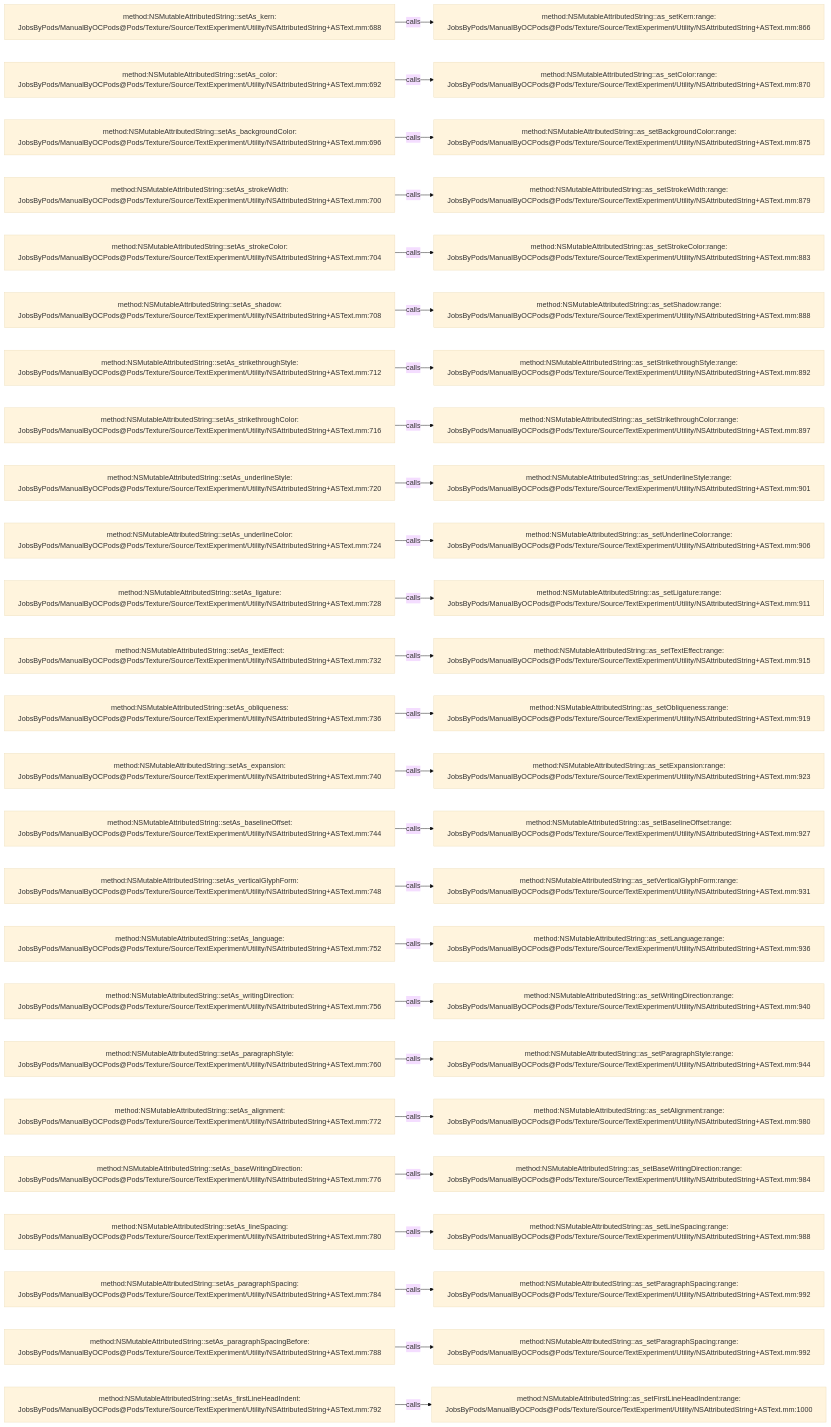
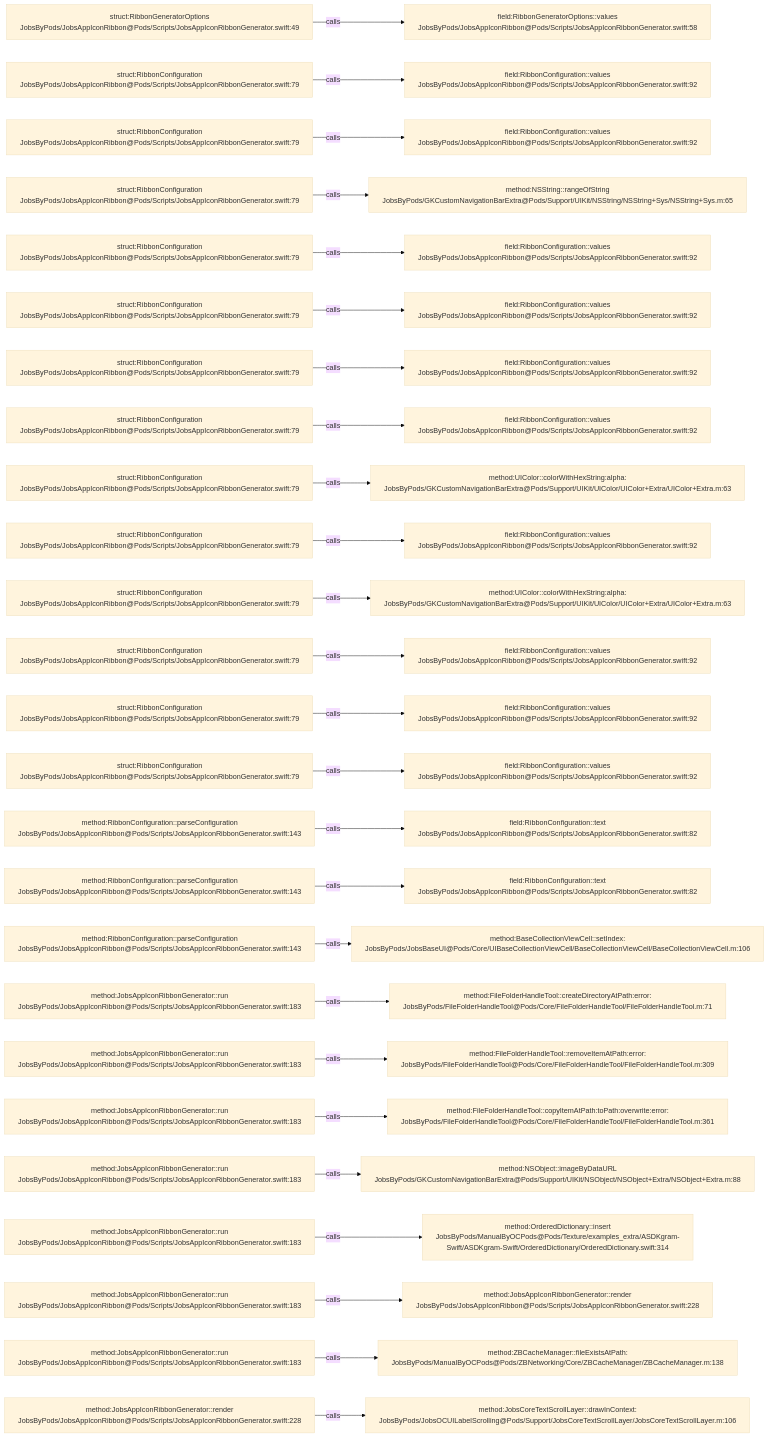
The diagram in .codegraph/codegraph.md/graphs/calls-197.md (JobsKits/JobsOCBaseConfigDemo), drawn with Mermaid (base theme) before and after one commit. The commit also changed 768 other files, not shown here.

````diff
--- a/.codegraph/codegraph.md/graphs/calls-197.md
+++ b/.codegraph/codegraph.md/graphs/calls-197.md
@@ -13,78 +13,78 @@
 ```mermaid
 flowchart LR
-  S1["method:NSMutableAttributedString::setAs_kern:<br/>JobsByPods/ManualByOCPods@Pods/Texture/Source/TextExperiment/Utility/NSAttributedString+ASText.mm:688"]
-  T1["method:NSMutableAttributedString::as_setKern:range:<br/>JobsByPods/ManualByOCPods@Pods/Texture/Source/TextExperiment/Utility/NSAttributedString+ASText.mm:866"]
+  S1["struct:RibbonGeneratorOptions<br/>JobsByPods/JobsAppIconRibbon@Pods/Scripts/JobsAppIconRibbonGenerator.swift:49"]
+  T1["field:RibbonGeneratorOptions::values<br/>JobsByPods/JobsAppIconRibbon@Pods/Scripts/JobsAppIconRibbonGenerator.swift:58"]
   S1 -->|calls| T1
-  S2["method:NSMutableAttributedString::setAs_color:<br/>JobsByPods/ManualByOCPods@Pods/Texture/Source/TextExperiment/Utility/NSAttributedString+ASText.mm:692"]
-  T2["method:NSMutableAttributedString::as_setColor:range:<br/>JobsByPods/ManualByOCPods@Pods/Texture/Source/TextExperiment/Utility/NSAttributedString+ASText.mm:870"]
+  S2["struct:RibbonConfiguration<br/>JobsByPods/JobsAppIconRibbon@Pods/Scripts/JobsAppIconRibbonGenerator.swift:79"]
+  T2["field:RibbonConfiguration::values<br/>JobsByPods/JobsAppIconRibbon@Pods/Scripts/JobsAppIconRibbonGenerator.swift:92"]
   S2 -->|calls| T2
-  S3["method:NSMutableAttributedString::setAs_backgroundColor:<br/>JobsByPods/ManualByOCPods@Pods/Texture/Source/TextExperiment/Utility/NSAttributedString+ASText.mm:696"]
-  T3["method:NSMutableAttributedString::as_setBackgroundColor:range:<br/>JobsByPods/ManualByOCPods@Pods/Texture/Source/TextExperiment/Utility/NSAttributedString+ASText.mm:875"]
+  S3["struct:RibbonConfiguration<br/>JobsByPods/JobsAppIconRibbon@Pods/Scripts/JobsAppIconRibbonGenerator.swift:79"]
+  T3["field:RibbonConfiguration::values<br/>JobsByPods/JobsAppIconRibbon@Pods/Scripts/JobsAppIconRibbonGenerator.swift:92"]
   S3 -->|calls| T3
-  S4["method:NSMutableAttributedString::setAs_strokeWidth:<br/>JobsByPods/ManualByOCPods@Pods/Texture/Source/TextExperiment/Utility/NSAttributedString+ASText.mm:700"]
-  T4["method:NSMutableAttributedString::as_setStrokeWidth:range:<br/>JobsByPods/ManualByOCPods@Pods/Texture/Source/TextExperiment/Utility/NSAttributedString+ASText.mm:879"]
+  S4["struct:RibbonConfiguration<br/>JobsByPods/JobsAppIconRibbon@Pods/Scripts/JobsAppIconRibbonGenerator.swift:79"]
+  T4["method:NSString::rangeOfString<br/>JobsByPods/GKCustomNavigationBarExtra@Pods/Support/UIKit/NSString/NSString+Sys/NSString+Sys.m:65"]
   S4 -->|calls| T4
-  S5["method:NSMutableAttributedString::setAs_strokeColor:<br/>JobsByPods/ManualByOCPods@Pods/Texture/Source/TextExperiment/Utility/NSAttributedString+ASText.mm:704"]
-  T5["method:NSMutableAttributedString::as_setStrokeColor:range:<br/>JobsByPods/ManualByOCPods@Pods/Texture/Source/TextExperiment/Utility/NSAttributedString+ASText.mm:883"]
+  S5["struct:RibbonConfiguration<br/>JobsByPods/JobsAppIconRibbon@Pods/Scripts/JobsAppIconRibbonGenerator.swift:79"]
+  T5["field:RibbonConfiguration::values<br/>JobsByPods/JobsAppIconRibbon@Pods/Scripts/JobsAppIconRibbonGenerator.swift:92"]
   S5 -->|calls| T5
-  S6["method:NSMutableAttributedString::setAs_shadow:<br/>JobsByPods/ManualByOCPods@Pods/Texture/Source/TextExperiment/Utility/NSAttributedString+ASText.mm:708"]
-  T6["method:NSMutableAttributedString::as_setShadow:range:<br/>JobsByPods/ManualByOCPods@Pods/Texture/Source/TextExperiment/Utility/NSAttributedString+ASText.mm:888"]
+  S6["struct:RibbonConfiguration<br/>JobsByPods/JobsAppIconRibbon@Pods/Scripts/JobsAppIconRibbonGenerator.swift:79"]
+  T6["field:RibbonConfiguration::values<br/>JobsByPods/JobsAppIconRibbon@Pods/Scripts/JobsAppIconRibbonGenerator.swift:92"]
   S6 -->|calls| T6
-  S7["method:NSMutableAttributedString::setAs_strikethroughStyle:<br/>JobsByPods/ManualByOCPods@Pods/Texture/Source/TextExperiment/Utility/NSAttributedString+ASText.mm:712"]
-  T7["method:NSMutableAttributedString::as_setStrikethroughStyle:range:<br/>JobsByPods/ManualByOCPods@Pods/Texture/Source/TextExperiment/Utility/NSAttributedString+ASText.mm:892"]
+  S7["struct:RibbonConfiguration<br/>JobsByPods/JobsAppIconRibbon@Pods/Scripts/JobsAppIconRibbonGenerator.swift:79"]
+  T7["field:RibbonConfiguration::values<br/>JobsByPods/JobsAppIconRibbon@Pods/Scripts/JobsAppIconRibbonGenerator.swift:92"]
   S7 -->|calls| T7
-  S8["method:NSMutableAttributedString::setAs_strikethroughColor:<br/>JobsByPods/ManualByOCPods@Pods/Texture/Source/TextExperiment/Utility/NSAttributedString+ASText.mm:716"]
-  T8["method:NSMutableAttributedString::as_setStrikethroughColor:range:<br/>JobsByPods/ManualByOCPods@Pods/Texture/Source/TextExperiment/Utility/NSAttributedString+ASText.mm:897"]
+  S8["struct:RibbonConfiguration<br/>JobsByPods/JobsAppIconRibbon@Pods/Scripts/JobsAppIconRibbonGenerator.swift:79"]
+  T8["field:RibbonConfiguration::values<br/>JobsByPods/JobsAppIconRibbon@Pods/Scripts/JobsAppIconRibbonGenerator.swift:92"]
   S8 -->|calls| T8
-  S9["method:NSMutableAttributedString::setAs_underlineStyle:<br/>JobsByPods/ManualByOCPods@Pods/Texture/Source/TextExperiment/Utility/NSAttributedString+ASText.mm:720"]
-  T9["method:NSMutableAttributedString::as_setUnderlineStyle:range:<br/>JobsByPods/ManualByOCPods@Pods/Texture/Source/TextExperiment/Utility/NSAttributedString+ASText.mm:901"]
+  S9["struct:RibbonConfiguration<br/>JobsByPods/JobsAppIconRibbon@Pods/Scripts/JobsAppIconRibbonGenerator.swift:79"]
+  T9["method:UIColor::colorWithHexString:alpha:<br/>JobsByPods/GKCustomNavigationBarExtra@Pods/Support/UIKit/UIColor/UIColor+Extra/UIColor+Extra.m:63"]
   S9 -->|calls| T9
-  S10["method:NSMutableAttributedString::setAs_underlineColor:<br/>JobsByPods/ManualByOCPods@Pods/Texture/Source/TextExperiment/Utility/NSAttributedString+ASText.mm:724"]
-  T10["method:NSMutableAttributedString::as_setUnderlineColor:range:<br/>JobsByPods/ManualByOCPods@Pods/Texture/Source/TextExperiment/Utility/NSAttributedString+ASText.mm:906"]
+  S10["struct:RibbonConfiguration<br/>JobsByPods/JobsAppIconRibbon@Pods/Scripts/JobsAppIconRibbonGenerator.swift:79"]
+  T10["field:RibbonConfiguration::values<br/>JobsByPods/JobsAppIconRibbon@Pods/Scripts/JobsAppIconRibbonGenerator.swift:92"]
   S10 -->|calls| T10
-  S11["method:NSMutableAttributedString::setAs_ligature:<br/>JobsByPods/ManualByOCPods@Pods/Texture/Source/TextExperiment/Utility/NSAttributedString+ASText.mm:728"]
-  T11["method:NSMutableAttributedString::as_setLigature:range:<br/>JobsByPods/ManualByOCPods@Pods/Texture/Source/TextExperiment/Utility/NSAttributedString+ASText.mm:911"]
+  S11["struct:RibbonConfiguration<br/>JobsByPods/JobsAppIconRibbon@Pods/Scripts/JobsAppIconRibbonGenerator.swift:79"]
+  T11["method:UIColor::colorWithHexString:alpha:<br/>JobsByPods/GKCustomNavigationBarExtra@Pods/Support/UIKit/UIColor/UIColor+Extra/UIColor+Extra.m:63"]
   S11 -->|calls| T11
-  S12["method:NSMutableAttributedString::setAs_textEffect:<br/>JobsByPods/ManualByOCPods@Pods/Texture/Source/TextExperiment/Utility/NSAttributedString+ASText.mm:732"]
-  T12["method:NSMutableAttributedString::as_setTextEffect:range:<br/>JobsByPods/ManualByOCPods@Pods/Texture/Source/TextExperiment/Utility/NSAttributedString+ASText.mm:915"]
+  S12["struct:RibbonConfiguration<br/>JobsByPods/JobsAppIconRibbon@Pods/Scripts/JobsAppIconRibbonGenerator.swift:79"]
+  T12["field:RibbonConfiguration::values<br/>JobsByPods/JobsAppIconRibbon@Pods/Scripts/JobsAppIconRibbonGenerator.swift:92"]
   S12 -->|calls| T12
-  S13["method:NSMutableAttributedString::setAs_obliqueness:<br/>JobsByPods/ManualByOCPods@Pods/Texture/Source/TextExperiment/Utility/NSAttributedString+ASText.mm:736"]
-  T13["method:NSMutableAttributedString::as_setObliqueness:range:<br/>JobsByPods/ManualByOCPods@Pods/Texture/Source/TextExperiment/Utility/NSAttributedString+ASText.mm:919"]
+  S13["struct:RibbonConfiguration<br/>JobsByPods/JobsAppIconRibbon@Pods/Scripts/JobsAppIconRibbonGenerator.swift:79"]
+  T13["field:RibbonConfiguration::values<br/>JobsByPods/JobsAppIconRibbon@Pods/Scripts/JobsAppIconRibbonGenerator.swift:92"]
   S13 -->|calls| T13
-  S14["method:NSMutableAttributedString::setAs_expansion:<br/>JobsByPods/ManualByOCPods@Pods/Texture/Source/TextExperiment/Utility/NSAttributedString+ASText.mm:740"]
-  T14["method:NSMutableAttributedString::as_setExpansion:range:<br/>JobsByPods/ManualByOCPods@Pods/Texture/Source/TextExperiment/Utility/NSAttributedString+ASText.mm:923"]
+  S14["struct:RibbonConfiguration<br/>JobsByPods/JobsAppIconRibbon@Pods/Scripts/JobsAppIconRibbonGenerator.swift:79"]
+  T14["field:RibbonConfiguration::values<br/>JobsByPods/JobsAppIconRibbon@Pods/Scripts/JobsAppIconRibbonGenerator.swift:92"]
   S14 -->|calls| T14
-  S15["method:NSMutableAttributedString::setAs_baselineOffset:<br/>JobsByPods/ManualByOCPods@Pods/Texture/Source/TextExperiment/Utility/NSAttributedString+ASText.mm:744"]
-  T15["method:NSMutableAttributedString::as_setBaselineOffset:range:<br/>JobsByPods/ManualByOCPods@Pods/Texture/Source/TextExperiment/Utility/NSAttributedString+ASText.mm:927"]
+  S15["method:RibbonConfiguration::parseConfiguration<br/>JobsByPods/JobsAppIconRibbon@Pods/Scripts/JobsAppIconRibbonGenerator.swift:143"]
+  T15["field:RibbonConfiguration::text<br/>JobsByPods/JobsAppIconRibbon@Pods/Scripts/JobsAppIconRibbonGenerator.swift:82"]
   S15 -->|calls| T15
-  S16["method:NSMutableAttributedString::setAs_verticalGlyphForm:<br/>JobsByPods/ManualByOCPods@Pods/Texture/Source/TextExperiment/Utility/NSAttributedString+ASText.mm:748"]
-  T16["method:NSMutableAttributedString::as_setVerticalGlyphForm:range:<br/>JobsByPods/ManualByOCPods@Pods/Texture/Source/TextExperiment/Utility/NSAttributedString+ASText.mm:931"]
+  S16["method:RibbonConfiguration::parseConfiguration<br/>JobsByPods/JobsAppIconRibbon@Pods/Scripts/JobsAppIconRibbonGenerator.swift:143"]
+  T16["field:RibbonConfiguration::text<br/>JobsByPods/JobsAppIconRibbon@Pods/Scripts/JobsAppIconRibbonGenerator.swift:82"]
   S16 -->|calls| T16
-  S17["method:NSMutableAttributedString::setAs_language:<br/>JobsByPods/ManualByOCPods@Pods/Texture/Source/TextExperiment/Utility/NSAttributedString+ASText.mm:752"]
-  T17["method:NSMutableAttributedString::as_setLanguage:range:<br/>JobsByPods/ManualByOCPods@Pods/Texture/Source/TextExperiment/Utility/NSAttributedString+ASText.mm:936"]
+  S17["method:RibbonConfiguration::parseConfiguration<br/>JobsByPods/JobsAppIconRibbon@Pods/Scripts/JobsAppIconRibbonGenerator.swift:143"]
+  T17["method:BaseCollectionViewCell::setIndex:<br/>JobsByPods/JobsBaseUI@Pods/Core/UIBaseCollectionViewCell/BaseCollectionViewCell/BaseCollectionViewCell.m:106"]
   S17 -->|calls| T17
-  S18["method:NSMutableAttributedString::setAs_writingDirection:<br/>JobsByPods/ManualByOCPods@Pods/Texture/Source/TextExperiment/Utility/NSAttributedString+ASText.mm:756"]
-  T18["method:NSMutableAttributedString::as_setWritingDirection:range:<br/>JobsByPods/ManualByOCPods@Pods/Texture/Source/TextExperiment/Utility/NSAttributedString+ASText.mm:940"]
+  S18["method:JobsAppIconRibbonGenerator::run<br/>JobsByPods/JobsAppIconRibbon@Pods/Scripts/JobsAppIconRibbonGenerator.swift:183"]
+  T18["method:FileFolderHandleTool::createDirectoryAtPath:error:<br/>JobsByPods/FileFolderHandleTool@Pods/Core/FileFolderHandleTool/FileFolderHandleTool.m:71"]
   S18 -->|calls| T18
-  S19["method:NSMutableAttributedString::setAs_paragraphStyle:<br/>JobsByPods/ManualByOCPods@Pods/Texture/Source/TextExperiment/Utility/NSAttributedString+ASText.mm:760"]
-  T19["method:NSMutableAttributedString::as_setParagraphStyle:range:<br/>JobsByPods/ManualByOCPods@Pods/Texture/Source/TextExperiment/Utility/NSAttributedString+ASText.mm:944"]
+  S19["method:JobsAppIconRibbonGenerator::run<br/>JobsByPods/JobsAppIconRibbon@Pods/Scripts/JobsAppIconRibbonGenerator.swift:183"]
+  T19["method:FileFolderHandleTool::removeItemAtPath:error:<br/>JobsByPods/FileFolderHandleTool@Pods/Core/FileFolderHandleTool/FileFolderHandleTool.m:309"]
   S19 -->|calls| T19
-  S20["method:NSMutableAttributedString::setAs_alignment:<br/>JobsByPods/ManualByOCPods@Pods/Texture/Source/TextExperiment/Utility/NSAttributedString+ASText.mm:772"]
-  T20["method:NSMutableAttributedString::as_setAlignment:range:<br/>JobsByPods/ManualByOCPods@Pods/Texture/Source/TextExperiment/Utility/NSAttributedString+ASText.mm:980"]
+  S20["method:JobsAppIconRibbonGenerator::run<br/>JobsByPods/JobsAppIconRibbon@Pods/Scripts/JobsAppIconRibbonGenerator.swift:183"]
+  T20["method:FileFolderHandleTool::copyItemAtPath:toPath:overwrite:error:<br/>JobsByPods/FileFolderHandleTool@Pods/Core/FileFolderHandleTool/FileFolderHandleTool.m:361"]
   S20 -->|calls| T20
-  S21["method:NSMutableAttributedString::setAs_baseWritingDirection:<br/>JobsByPods/ManualByOCPods@Pods/Texture/Source/TextExperiment/Utility/NSAttributedString+ASText.mm:776"]
-  T21["method:NSMutableAttributedString::as_setBaseWritingDirection:range:<br/>JobsByPods/ManualByOCPods@Pods/Texture/Source/TextExperiment/Utility/NSAttributedString+ASText.mm:984"]
+  S21["method:JobsAppIconRibbonGenerator::run<br/>JobsByPods/JobsAppIconRibbon@Pods/Scripts/JobsAppIconRibbonGenerator.swift:183"]
+  T21["method:NSObject::imageByDataURL<br/>JobsByPods/GKCustomNavigationBarExtra@Pods/Support/UIKit/NSObject/NSObject+Extra/NSObject+Extra.m:88"]
   S21 -->|calls| T21
-  S22["method:NSMutableAttributedString::setAs_lineSpacing:<br/>JobsByPods/ManualByOCPods@Pods/Texture/Source/TextExperiment/Utility/NSAttributedString+ASText.mm:780"]
-  T22["method:NSMutableAttributedString::as_setLineSpacing:range:<br/>JobsByPods/ManualByOCPods@Pods/Texture/Source/TextExperiment/Utility/NSAttributedString+ASText.mm:988"]
+  S22["method:JobsAppIconRibbonGenerator::run<br/>JobsByPods/JobsAppIconRibbon@Pods/Scripts/JobsAppIconRibbonGenerator.swift:183"]
+  T22["method:OrderedDictionary::insert<br/>JobsByPods/ManualByOCPods@Pods/Texture/examples_extra/ASDKgram-Swift/ASDKgram-Swift/OrderedDictionary/OrderedDictionary.swift:314"]
   S22 -->|calls| T22
-  S23["method:NSMutableAttributedString::setAs_paragraphSpacing:<br/>JobsByPods/ManualByOCPods@Pods/Texture/Source/TextExperiment/Utility/NSAttributedString+ASText.mm:784"]
-  T23["method:NSMutableAttributedString::as_setParagraphSpacing:range:<br/>JobsByPods/ManualByOCPods@Pods/Texture/Source/TextExperiment/Utility/NSAttributedString+ASText.mm:992"]
+  S23["method:JobsAppIconRibbonGenerator::run<br/>JobsByPods/JobsAppIconRibbon@Pods/Scripts/JobsAppIconRibbonGenerator.swift:183"]
+  T23["method:JobsAppIconRibbonGenerator::render<br/>JobsByPods/JobsAppIconRibbon@Pods/Scripts/JobsAppIconRibbonGenerator.swift:228"]
   S23 -->|calls| T23
-  S24["method:NSMutableAttributedString::setAs_paragraphSpacingBefore:<br/>JobsByPods/ManualByOCPods@Pods/Texture/Source/TextExperiment/Utility/NSAttributedString+ASText.mm:788"]
-  T24["method:NSMutableAttributedString::as_setParagraphSpacing:range:<br/>JobsByPods/ManualByOCPods@Pods/Texture/Source/TextExperiment/Utility/NSAttributedString+ASText.mm:992"]
+  S24["method:JobsAppIconRibbonGenerator::run<br/>JobsByPods/JobsAppIconRibbon@Pods/Scripts/JobsAppIconRibbonGenerator.swift:183"]
+  T24["method:ZBCacheManager::fileExistsAtPath:<br/>JobsByPods/ManualByOCPods@Pods/ZBNetworking/Core/ZBCacheManager/ZBCacheManager.m:138"]
   S24 -->|calls| T24
-  S25["method:NSMutableAttributedString::setAs_firstLineHeadIndent:<br/>JobsByPods/ManualByOCPods@Pods/Texture/Source/TextExperiment/Utility/NSAttributedString+ASText.mm:792"]
-  T25["method:NSMutableAttributedString::as_setFirstLineHeadIndent:range:<br/>JobsByPods/ManualByOCPods@Pods/Texture/Source/TextExperiment/Utility/NSAttributedString+ASText.mm:1000"]
+  S25["method:JobsAppIconRibbonGenerator::render<br/>JobsByPods/JobsAppIconRibbon@Pods/Scripts/JobsAppIconRibbonGenerator.swift:228"]
+  T25["method:JobsCoreTextScrollLayer::drawInContext:<br/>JobsByPods/JobsOCUILabelScrolling@Pods/Support/JobsCoreTextScrollLayer/JobsCoreTextScrollLayer.m:106"]
   S25 -->|calls| T25
 ```
````
